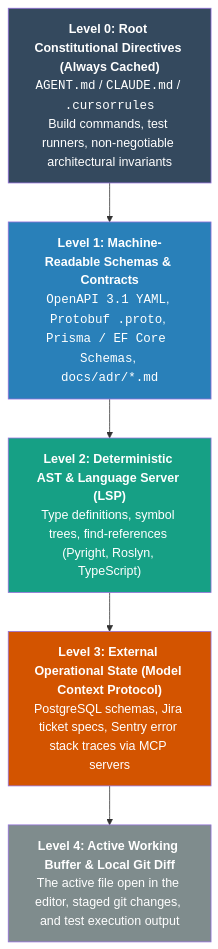
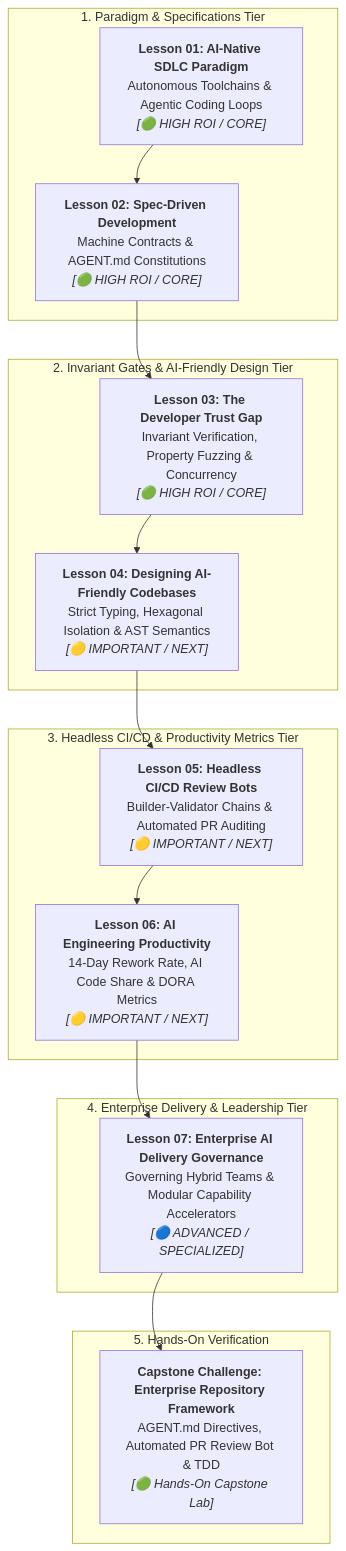
The diagram in 08-ai-augmented-sdlc-and-leadership/README.md (dip4k/senior-engineer-to-ai-engineer-roadmap), drawn with Mermaid before and after one commit. The commit also changed other lines of this file and 9 other files, not shown here.

````diff
--- a/08-ai-augmented-sdlc-and-leadership/README.md
+++ b/08-ai-augmented-sdlc-and-leadership/README.md
@@ -1106,20 +24,37 @@
 ```mermaid
 flowchart TD
-    L0["<b>Level 0: Root Constitutional Directives (Always Cached)</b><br/><code>AGENT.md</code> / <code>CLAUDE.md</code> / <code>.cursorrules</code><br/>Build commands, test runners, non-negotiable architectural invariants"]
-    
-    L1["<b>Level 1: Machine-Readable Schemas & Contracts</b><br/><code>OpenAPI 3.1 YAML</code>, <code>Protobuf .proto</code>, <code>Prisma / EF Core Schemas</code>, <code>docs/adr/*.md</code>"]
-    
-    L2["<b>Level 2: Deterministic AST & Language Server (LSP)</b><br/>Type definitions, symbol trees, find-references (Pyright, Roslyn, TypeScript)"]
-    
-    L3["<b>Level 3: External Operational State (Model Context Protocol)</b><br/>PostgreSQL schemas, Jira ticket specs, Sentry error stack traces via MCP servers"]
-    
-    L4["<b>Level 4: Active Working Buffer & Local Git Diff</b><br/>The active file open in the editor, staged git changes, and test execution output"]
+    subgraph FoundationTier["1. Paradigm & Specifications Tier"]
+        L1["<b>Lesson 01: AI-Native SDLC Paradigm</b><br/>Autonomous Toolchains & Agentic Coding Loops<br/><i>[🟢 HIGH ROI / CORE]</i>"]
+        L2["<b>Lesson 02: Spec-Driven Development</b><br/>Machine Contracts & AGENT.md Constitutions<br/><i>[🟢 HIGH ROI / CORE]</i>"]
+        L1 --> L2
+    end
 
-    L0 --> L1 --> L2 --> L3 --> L4
-    
-    style L0 fill:#34495e,color:#fff
-    style L1 fill:#2980b9,color:#fff
-    style L2 fill:#16a085,color:#fff
-    style L3 fill:#d35400,color:#fff
-    style L4 fill:#7f8c8d,color:#fff
+    subgraph VerificationTier["2. Invariant Gates & AI-Friendly Design Tier"]
+        L3["<b>Lesson 03: The Developer Trust Gap</b><br/>Invariant Verification, Property Fuzzing & Concurrency<br/><i>[🟢 HIGH ROI / CORE]</i>"]
+        L4["<b>Lesson 04: Designing AI-Friendly Codebases</b><br/>Strict Typing, Hexagonal Isolation & AST Semantics<br/><i>[🟡 IMPORTANT / NEXT]</i>"]
+        L2 --> L3
+        L3 --> L4
+    end
+
+    subgraph AutomationTier["3. Headless CI/CD & Productivity Metrics Tier"]
+        L5["<b>Lesson 05: Headless CI/CD Review Bots</b><br/>Builder-Validator Chains & Automated PR Auditing<br/><i>[🟡 IMPORTANT / NEXT]</i>"]
+        L6["<b>Lesson 06: AI Engineering Productivity</b><br/>14-Day Rework Rate, AI Code Share & DORA Metrics<br/><i>[🟡 IMPORTANT / NEXT]</i>"]
+        L4 --> L5
+        L5 --> L6
+    end
+
+    subgraph GovernanceTier["4. Enterprise Delivery & Leadership Tier"]
+        L7["<b>Lesson 07: Enterprise AI Delivery Governance</b><br/>Governing Hybrid Teams & Modular Capability Accelerators<br/><i>[🔵 ADVANCED / SPECIALIZED]</i>"]
+        L6 --> L7
+    end
+
+    subgraph LabTier["5. Hands-On Verification"]
+        Lab["<b>Capstone Challenge: Enterprise Repository Framework</b><br/>AGENT.md Directives, Automated PR Review Bot & TDD<br/><i>[🟢 Hands-On Capstone Lab]</i>"]
+        L7 --> Lab
+    end
+
+    FoundationTier ~~~ VerificationTier
+    VerificationTier ~~~ AutomationTier
+    AutomationTier ~~~ GovernanceTier
+    GovernanceTier ~~~ LabTier
 ```
````
